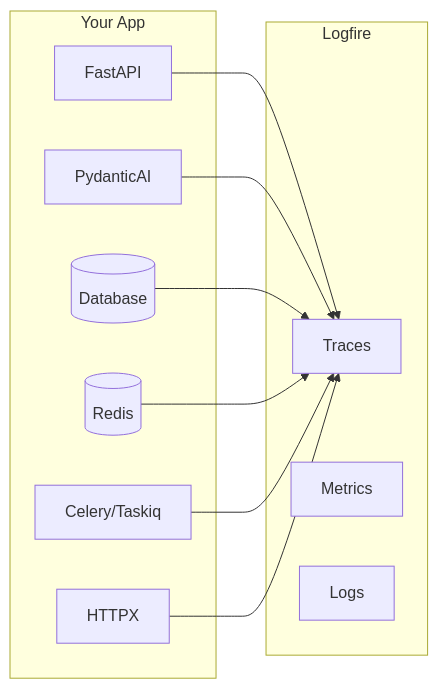
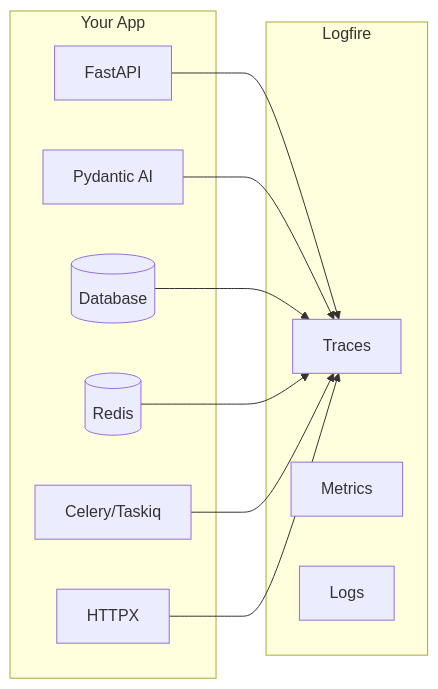
One commit to zqf20096327/dbhub_collect changed the third of 3 diagrams in data/readmes/vstorm-co__full-stack-ai-agent-template.md. Above: the diagram before and after it, drawn with Mermaid. The commit also changed other lines of this file and 376 other files, not shown here.

````diff
--- a/data/readmes/vstorm-co__full-stack-ai-agent-template.md
+++ b/data/readmes/vstorm-co__full-stack-ai-agent-template.md
@@ -1047,24 +1054,24 @@
 ```mermaid
 graph LR
     subgraph Your App
         API[FastAPI]
-        Agent[PydanticAI]
+        Agent[Pydantic AI]
         DB[(Database)]
         Cache[(Redis)]
         Queue[Celery/Taskiq]
         HTTP[HTTPX]
     end
 
     subgraph Logfire
         Traces[Traces]
         Metrics[Metrics]
         Logs[Logs]
     end
 
     API --> Traces
     Agent --> Traces
     DB --> Traces
     Cache --> Traces
     Queue --> Traces
     HTTP --> Traces
 ```
````
